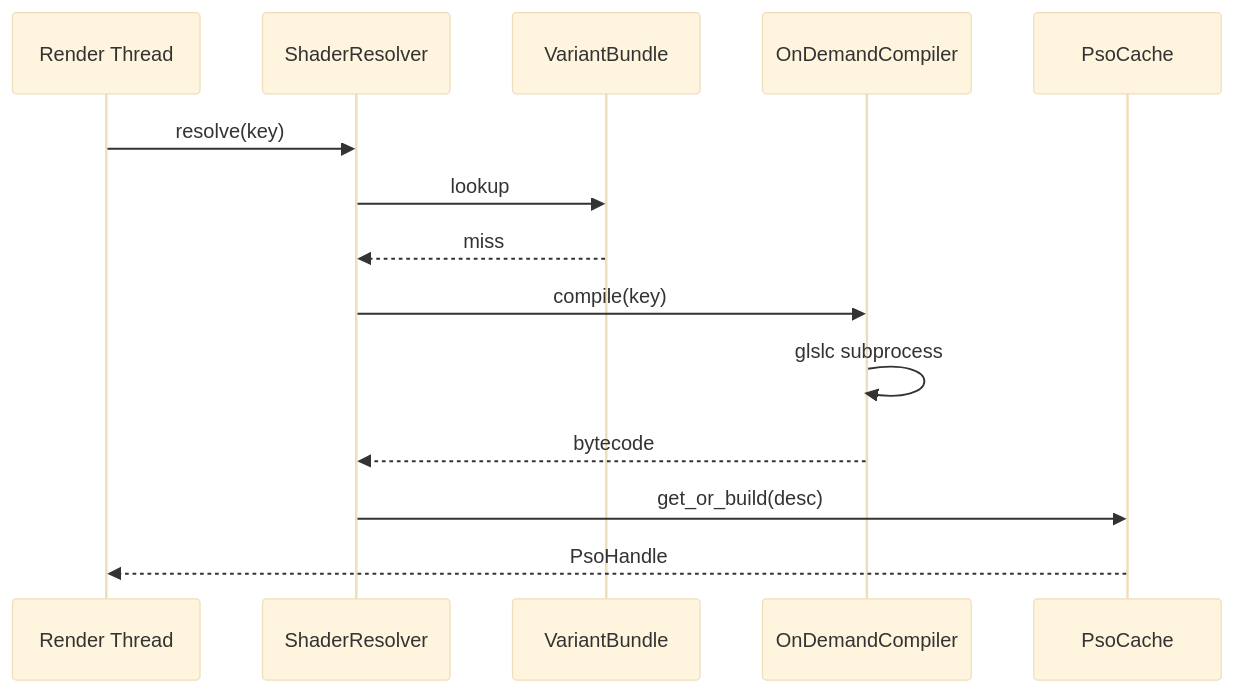
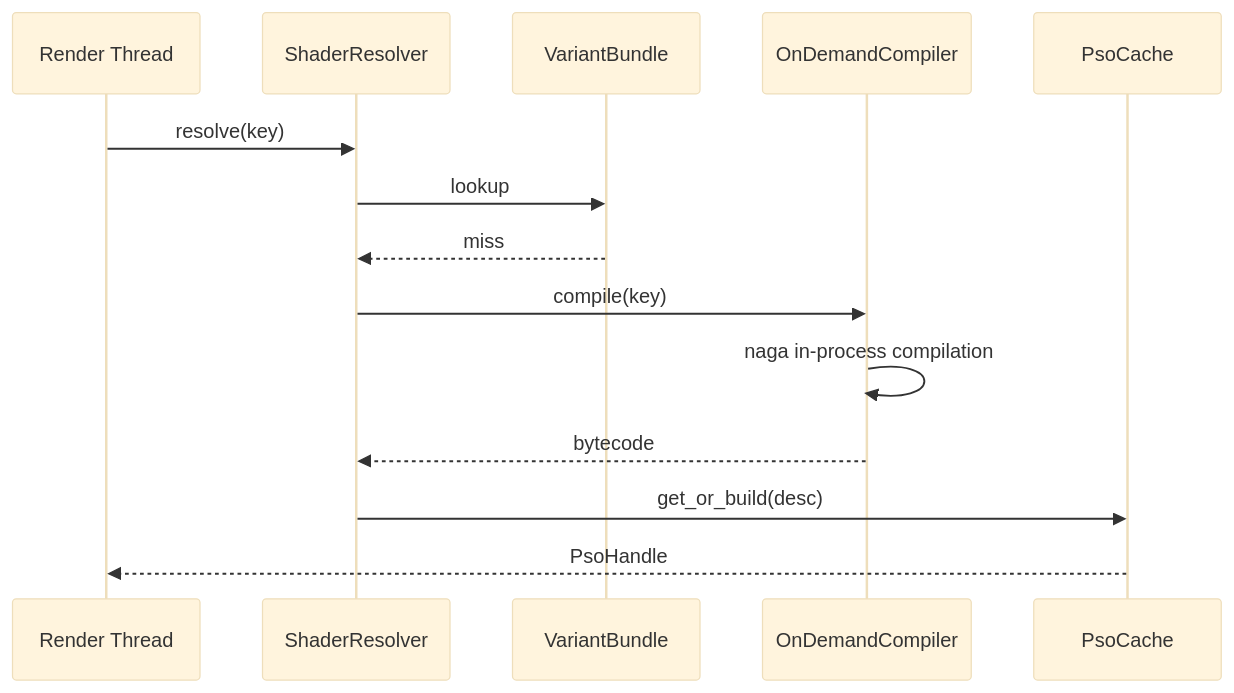
One commit to harmonius-dev/harmonius changed the third of 3 diagrams in docs/design/rendering/shader-variants.md. Above: the diagram before and after it, drawn with Mermaid (base theme). The commit also changed other lines of this file and 68 other files, not shown here.

First line of the commit message:
chore: update shader compilation process to use naga

````diff
--- a/docs/design/rendering/shader-variants.md
+++ b/docs/design/rendering/shader-variants.md
@@ -263,16 +263,16 @@
 ```mermaid
 sequenceDiagram
     participant RT as Render Thread
     participant SR as ShaderResolver
     participant VB as VariantBundle
     participant ODC as OnDemandCompiler
     participant PC as PsoCache
     RT->>SR: resolve(key)
     SR->>VB: lookup
     VB-->>SR: miss
     SR->>ODC: compile(key)
-    ODC->>ODC: glslc subprocess
+    ODC->>ODC: naga in-process compilation
     ODC-->>SR: bytecode
     SR->>PC: get_or_build(desc)
     PC-->>RT: PsoHandle
 ```
````
